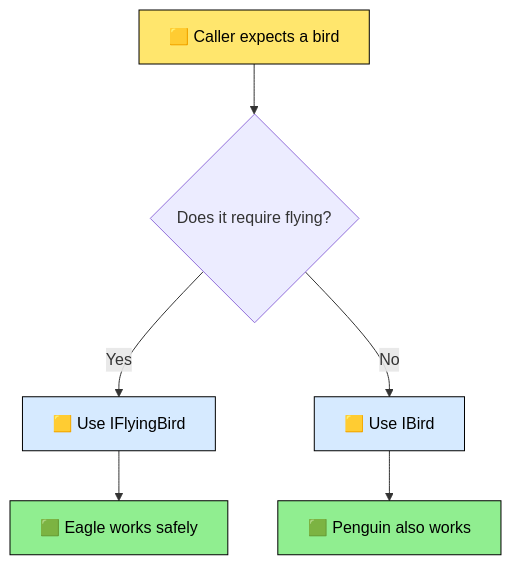
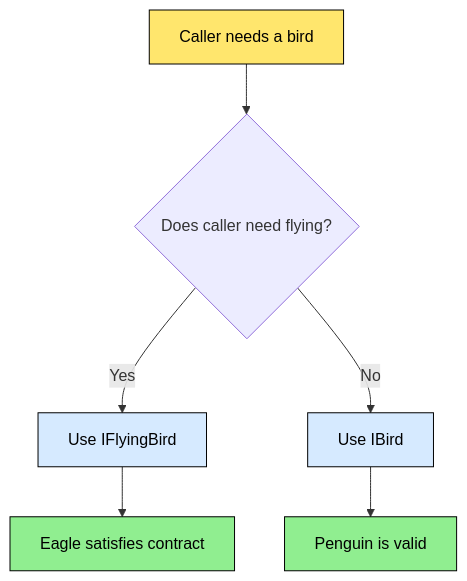
One commit to azam123/Engineering-Interview-Prep changed the fourth of 8 diagrams in 02-SOLID-Principles.md. Above: the diagram before and after it, drawn with Mermaid. The commit also changed other lines of this file, not shown here.

Commit message:
Rewrite SOLID guide with definitions, simple explanations, examples, diagrams, and scenario-based answers

````diff
--- a/02-SOLID-Principles.md
+++ b/02-SOLID-Principles.md
@@ -190,13 +233,13 @@
 ```mermaid
 flowchart TD
-    A[🟨 Caller expects a bird] --> B{Does it require flying?}
-    B -- Yes --> C[🟨 Use IFlyingBird]
-    C --> D[🟩 Eagle works safely]
-    B -- No --> E[🟨 Use IBird]
-    E --> F[🟩 Penguin also works]
+    A[Caller needs a bird] --> B{Does caller need flying?}
+    B -- Yes --> C[Use IFlyingBird]
+    C --> D[Eagle satisfies contract]
+    B -- No --> E[Use IBird]
+    E --> F[Penguin is valid]
     style A fill:#ffe66d,color:#000,stroke:#000
     style C fill:#d6eaff,color:#000,stroke:#000
     style D fill:#90ee90,color:#000,stroke:#000
     style E fill:#d6eaff,color:#000,stroke:#000
     style F fill:#90ee90,color:#000,stroke:#000
 ```
````
